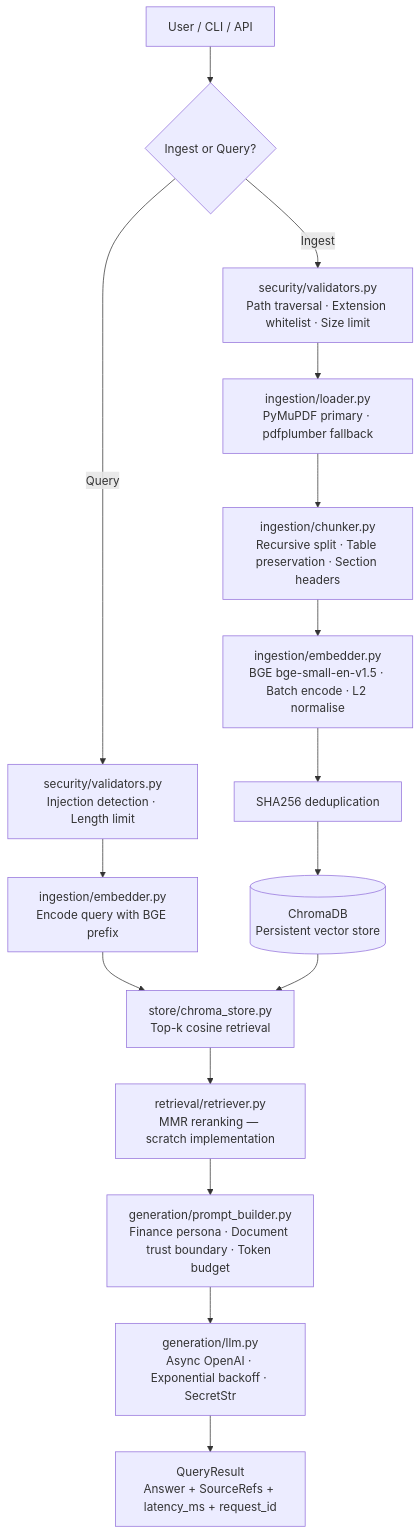
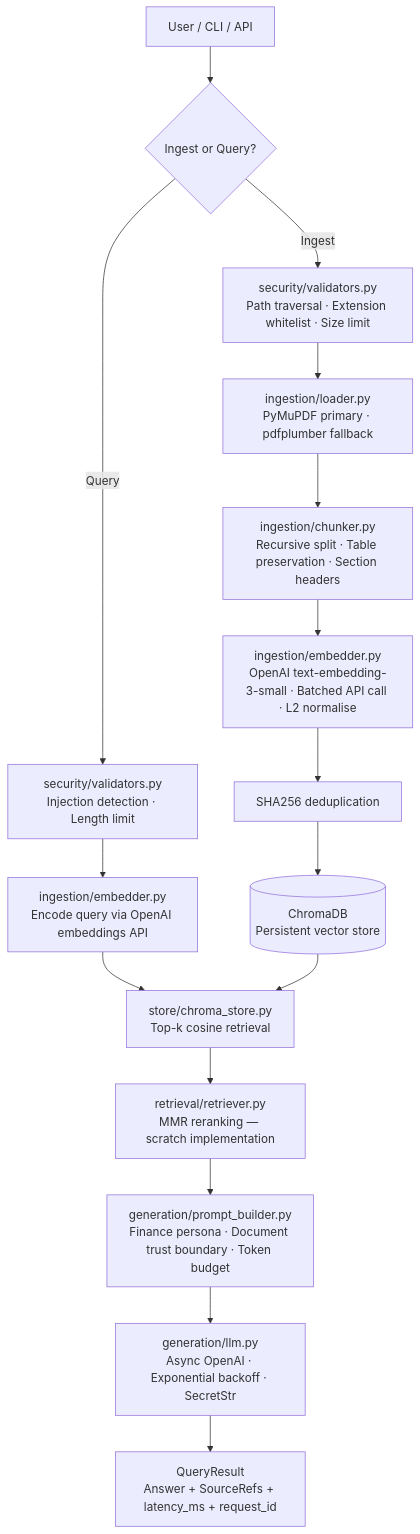
The diagram in README.md (DowellHd/finrag), drawn with Mermaid before and after one commit. The commit also changed other lines of this file, not shown here.

First line of the commit message:
docs: update README to reflect OpenAI embeddings switch

````diff
--- a/README.md
+++ b/README.md
@@ -35,21 +35,21 @@
 ```mermaid
 flowchart TD
     A[User / CLI / API] --> B{Ingest or Query?}
 
     B -->|Ingest| C[security/validators.py\nPath traversal · Extension whitelist · Size limit]
     C --> D[ingestion/loader.py\nPyMuPDF primary · pdfplumber fallback]
     D --> E[ingestion/chunker.py\nRecursive split · Table preservation · Section headers]
-    E --> F[ingestion/embedder.py\nBGE bge-small-en-v1.5 · Batch encode · L2 normalise]
+    E --> F[ingestion/embedder.py\nOpenAI text-embedding-3-small · Batched API call · L2 normalise]
     F --> G[SHA256 deduplication]
     G --> H[(ChromaDB\nPersistent vector store)]
 
     B -->|Query| I[security/validators.py\nInjection detection · Length limit]
-    I --> J[ingestion/embedder.py\nEncode query with BGE prefix]
+    I --> J[ingestion/embedder.py\nEncode query via OpenAI embeddings API]
     J --> K[store/chroma_store.py\nTop-k cosine retrieval]
     K --> L[retrieval/retriever.py\nMMR reranking — scratch implementation]
     L --> M[generation/prompt_builder.py\nFinance persona · Document trust boundary · Token budget]
     M --> N[generation/llm.py\nAsync OpenAI · Exponential backoff · SecretStr]
     N --> O[QueryResult\nAnswer + SourceRefs + latency_ms + request_id]
 
     H --> K
 ```
````
